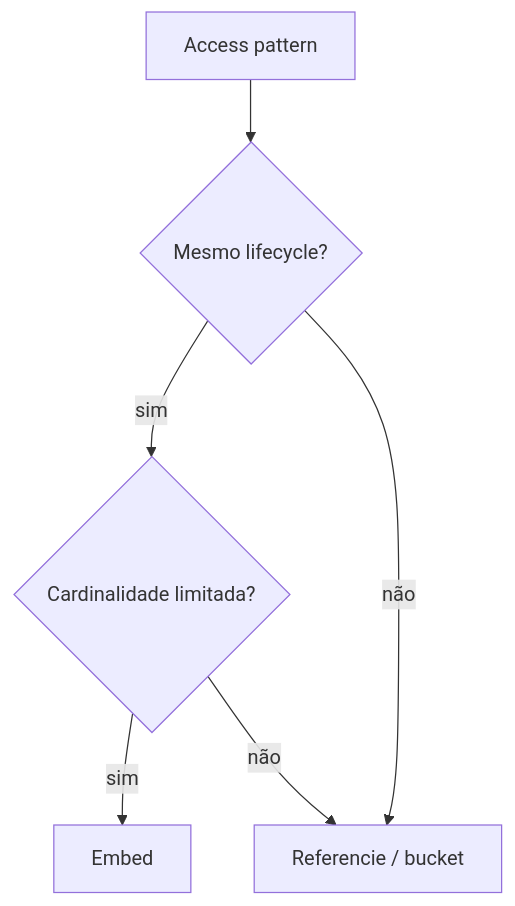
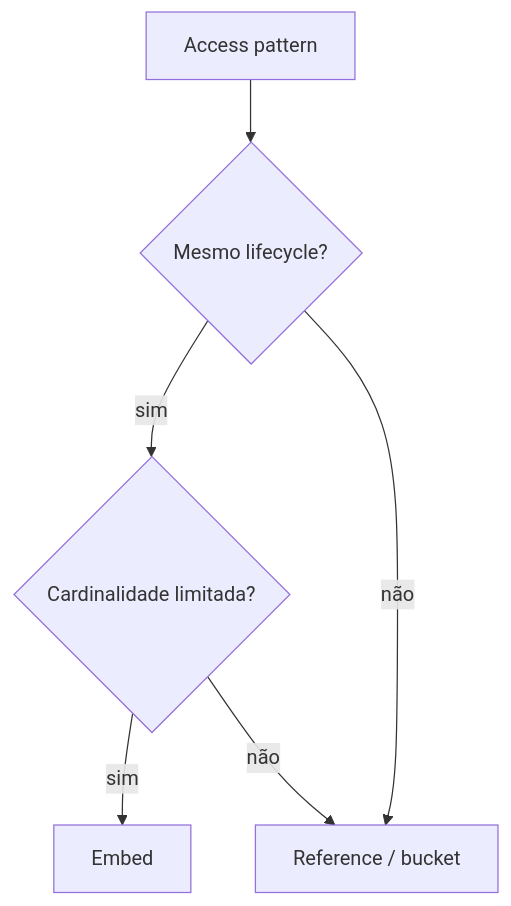
One commit to blasther12/alexandria changed the first of 3 diagrams in databases/mongodb/README.md. Above: the diagram before and after it, drawn with Mermaid. The commit also changed other lines of this file, not shown here.

````diff
--- a/databases/mongodb/README.md
+++ b/databases/mongodb/README.md
@@ -9,8 +34,8 @@
 ```mermaid
 flowchart TD
     Q[Access pattern] --> T{Mesmo lifecycle?}
     T -->|sim| C{Cardinalidade limitada?}
     C -->|sim| E[Embed]
-    C -->|não| R[Referencie / bucket]
+    C -->|não| R[Reference / bucket]
     T -->|não| R
 ```
````
